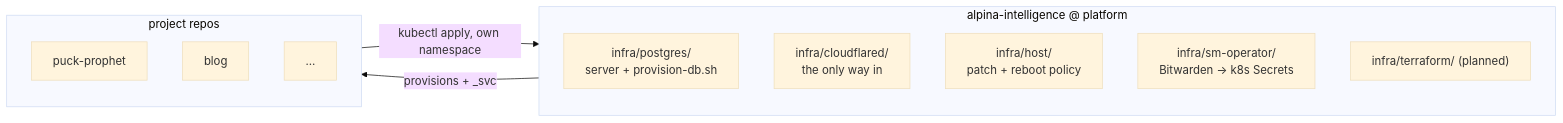
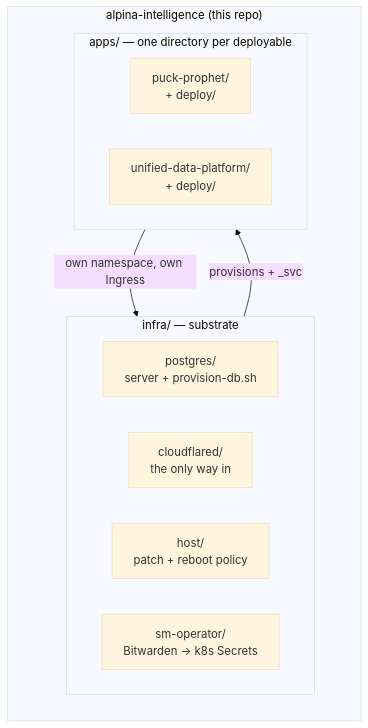
Before and after one commit to Alpina-Intelligence/alpina-intelligence: the diagram in README.md, drawn with Mermaid (base theme). The commit also changed other lines of this file and 6 other files, not shown here.

First line of the commit message:
Adopt monorepo layout: ADRs 0001-0002, rewrite architecture docs

````diff
--- a/README.md
+++ b/README.md
@@ -30,17 +47,17 @@
 ```mermaid
 flowchart LR
-    subgraph plat["alpina-intelligence @ platform"]
-        pg["infra/postgres/<br/>server + provision-db.sh"]
-        cfd["infra/cloudflared/<br/>the only way in"]
-        host["infra/host/<br/>patch + reboot policy"]
-        sm["infra/sm-operator/<br/>Bitwarden → k8s Secrets"]
-        tf["infra/terraform/ (planned)"]
-    end
-    subgraph apps["project repos"]
-        pp["puck-prophet"]
-        blog["blog"]
-        etc["…"]
+    subgraph repo["alpina-intelligence (this repo)"]
+        subgraph plat["infra/ — substrate"]
+            pg["postgres/<br/>server + provision-db.sh"]
+            cfd["cloudflared/<br/>the only way in"]
+            host["host/<br/>patch + reboot policy"]
+            sm["sm-operator/<br/>Bitwarden → k8s Secrets"]
+        end
+        subgraph apps["apps/ — one directory per deployable"]
+            pp["puck-prophet/<br/>+ deploy/"]
+            udp["unified-data-platform/<br/>+ deploy/"]
+        end
     end
     plat -->|"provisions <name> + <name>_svc"| apps
-    apps -->|"kubectl apply, own namespace"| plat
+    apps -->|"own namespace, own Ingress"| plat
 ```
````
